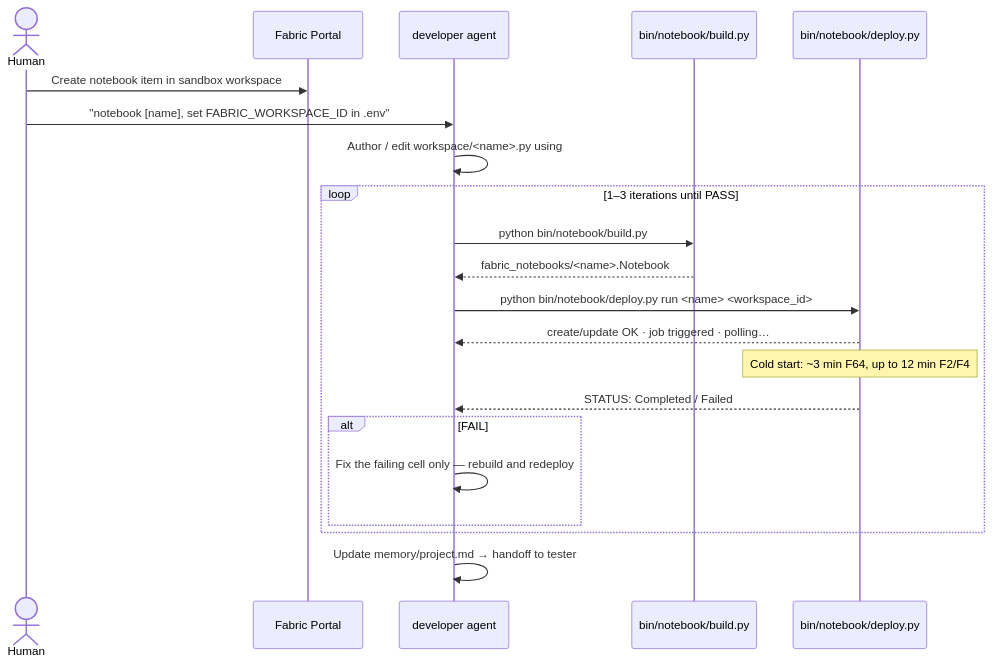
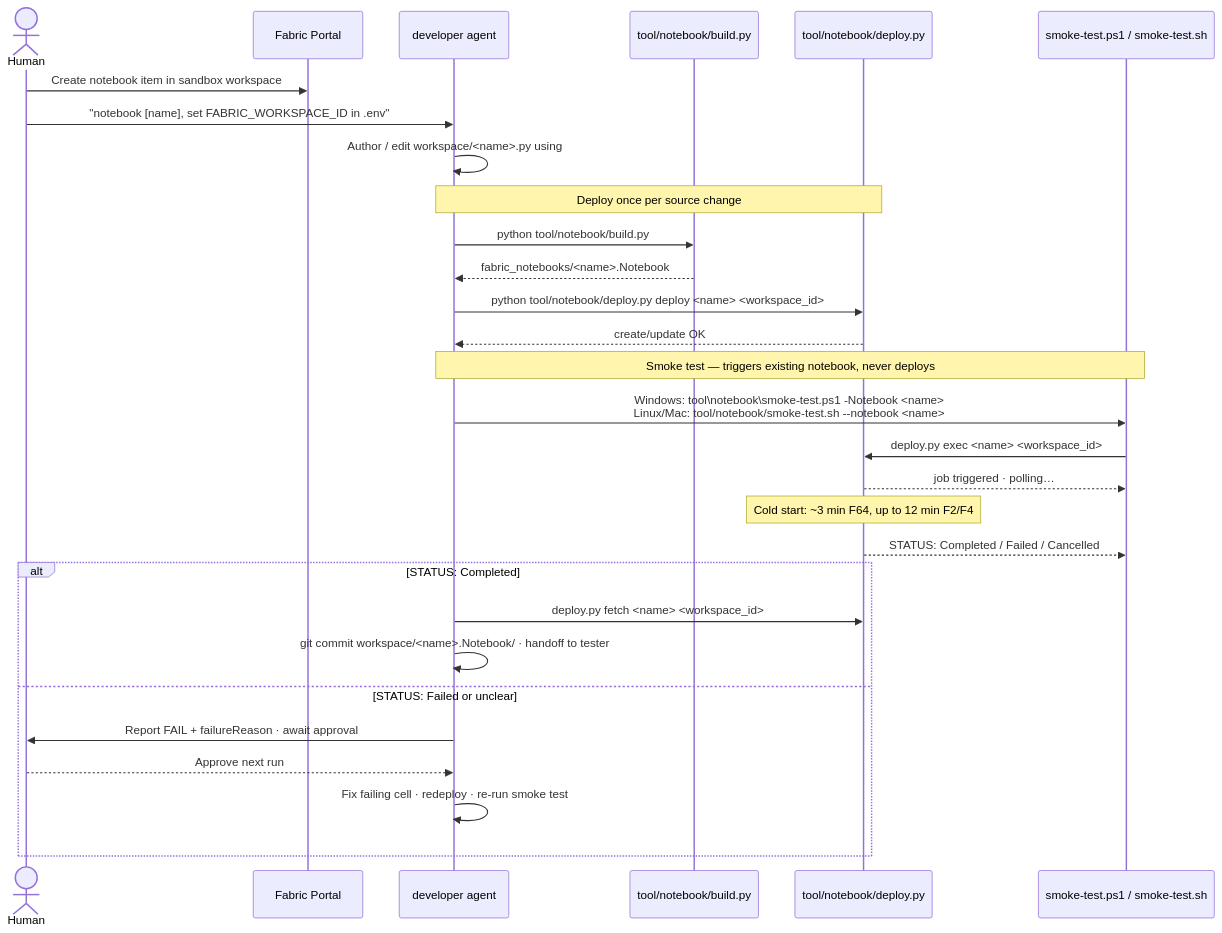
One commit to scardoso-lu/fabric-skills-settings changed the second of 3 diagrams in README.md. Above: the diagram before and after it, drawn with Mermaid. The commit also changed other lines of this file and 63 other files, not shown here.

````diff
--- a/README.md
+++ b/README.md
@@ -109,28 +148,36 @@
 ```mermaid
 sequenceDiagram
     actor Human
     participant Portal as Fabric Portal
     participant Dev as developer agent
-    participant Build as bin/notebook/build.py
-    participant Deploy as bin/notebook/deploy.py
+    participant Build as tool/notebook/build.py
+    participant Deploy as tool/notebook/deploy.py
+    participant Smoke as smoke-test.ps1 / smoke-test.sh
 
     Human->>Portal: Create notebook item in sandbox workspace
     Human->>Dev: "notebook [name], set FABRIC_WORKSPACE_ID in .env"
     Dev->>Dev: Author / edit workspace/<name>.py using # %% cell markers
 
-    loop 1–3 iterations until PASS
-        Dev->>Build: python bin/notebook/build.py
-        Build-->>Dev: fabric_notebooks/<name>.Notebook
+    Note over Dev,Deploy: Deploy once per source change
+    Dev->>Build: python tool/notebook/build.py
+    Build-->>Dev: fabric_notebooks/<name>.Notebook
 
-        Dev->>Deploy: python bin/notebook/deploy.py run <name> <workspace_id>
-        Deploy-->>Dev: create/update OK · job triggered · polling…
-        Note over Deploy: Cold start: ~3 min F64, up to 12 min F2/F4
-        Deploy-->>Dev: STATUS: Completed / Failed
+    Dev->>Deploy: python tool/notebook/deploy.py deploy <name> <workspace_id>
+    Deploy-->>Dev: create/update OK
 
-        alt FAIL
-            Dev->>Dev: Fix the failing cell only — rebuild and redeploy
-        end
+    Note over Dev,Smoke: Smoke test — triggers existing notebook, never deploys
+    Dev->>Smoke: Windows: tool\notebook\smoke-test.ps1 -Notebook <name><br/>Linux/Mac: tool/notebook/smoke-test.sh --notebook <name>
+    Smoke->>Deploy: deploy.py exec <name> <workspace_id>
+    Deploy-->>Smoke: job triggered · polling…
+    Note over Deploy: Cold start: ~3 min F64, up to 12 min F2/F4
+    Deploy-->>Smoke: STATUS: Completed / Failed / Cancelled
+
+    alt STATUS: Completed
+        Dev->>Deploy: deploy.py fetch <name> <workspace_id>
+        Dev->>Dev: git commit workspace/<name>.Notebook/ · handoff to tester
+    else STATUS: Failed or unclear
+        Dev->>Human: Report FAIL + failureReason · await approval
+        Human-->>Dev: Approve next run
+        Dev->>Dev: Fix failing cell · redeploy · re-run smoke test
     end
-
-    Dev->>Dev: Update memory/project.md → handoff to tester
 ```
````
